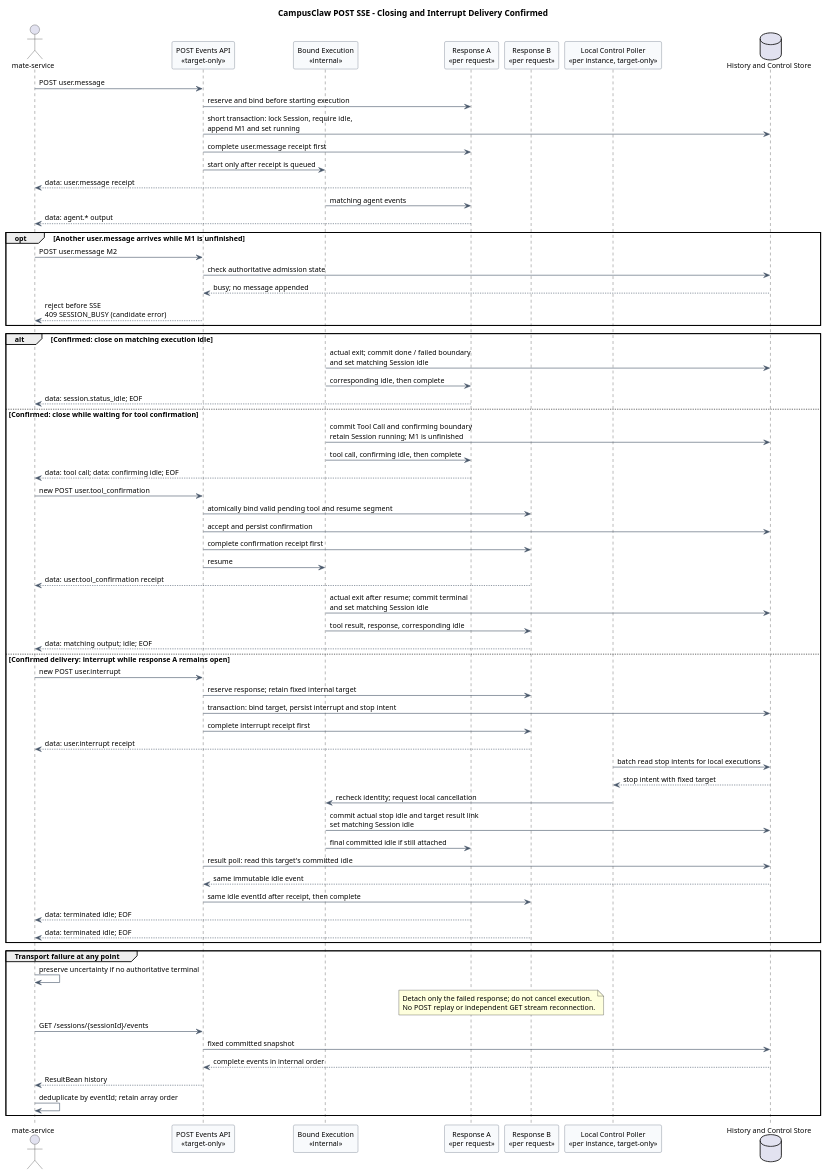
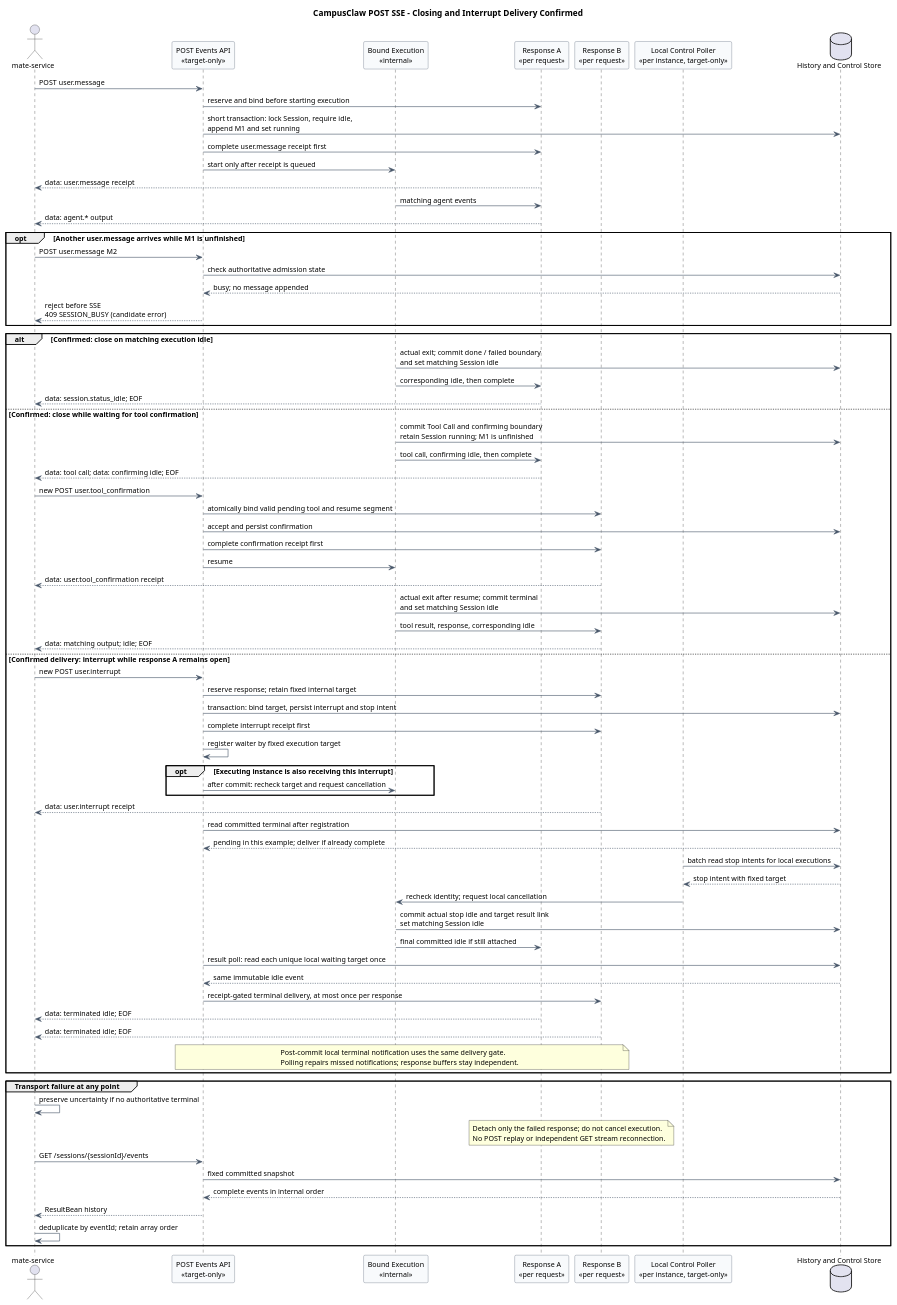
The third of 5 diagrams in 01-总体架构/01-CampusClaw多Agent运行时/设计图/事件接口重设计/diagram.puml (ssm0808/pi-mono-java-design), drawn with PlantUML before and after one commit. The commit also changed other lines of this file and 14 other files, not shown here.

```diff
--- a/01-总体架构/01-CampusClaw多Agent运行时/设计图/事件接口重设计/diagram.puml
+++ b/01-总体架构/01-CampusClaw多Agent运行时/设计图/事件接口重设计/diagram.puml
@@ -207,95 +208,105 @@
 @startuml target_session_live_stream_lifecycle
 title CampusClaw POST SSE - Closing and Interrupt Delivery Confirmed
 ' Stable block name retained for existing SVG links; this is no longer a GET stream.
 ' Source evidence: pi-mono-java 918005ee8ccc88d179fc31a0de17a92b4a01383b.
 ' campusclaw/src/main/java/com/huawei/hicampus/claw/codingagent/runtimeapi/event/RuntimeTerminalEventFactory.java,
 ' emit, lines 34-57: current idle plus stream.end, or stream.error on failure.
 ' campusclaw/src/main/java/com/huawei/hicampus/claw/codingagent/runtimeapi/web/RuntimeSseEmitterSubscriber.java,
 ' onEvent/onComplete, lines 33-49: named SSE; explicit emitter completion.
 ' Confirmed: one POST for input/output, user receipt first, data-only and type+phase.
 ' Confirmed target-only: matching idle ends this response, including confirmation waits.
 ' Design reason: do not keep a completed request open for unrelated later messages.
 ' Confirmed: original output stays on A; B receives receipt and the same stop idle only.
 ' Confirmed target-only: durable DB stop requests and per-instance batch polling; no Redis.
 ' Exact schema, polling interval, races, idle reason literals and failures remain open.
 skinparam backgroundColor #FFFFFF
 skinparam shadowing false
 skinparam defaultFontName Arial
 skinparam defaultFontSize 12
 skinparam sequence {
   ParticipantBackgroundColor #F8FAFC
   ParticipantBorderColor #475569
   ArrowColor #475569
 }
 actor "mate-service" as Client
 participant "POST Events API\n<<target-only>>" as API
 participant "Bound Execution\n<<internal>>" as Execution
 participant "Response A\n<<per request>>" as A
 participant "Response B\n<<per request>>" as B
 participant "Local Control Poller\n<<per instance, target-only>>" as Poller
 database "History and Control Store" as Store
 
 Client -> API : POST user.message
 API -> A : reserve and bind before starting execution
 API -> Store : short transaction: lock Session, require idle,\nappend M1 and set running
 API -> A : complete user.message receipt first
 API -> Execution : start only after receipt is queued
 A --> Client : data: user.message receipt
 Execution -> A : matching agent events
 A --> Client : data: agent.* output
 
 opt Another user.message arrives while M1 is unfinished
   Client -> API : POST user.message M2
   API -> Store : check authoritative admission state
   Store --> API : busy; no message appended
   API --> Client : reject before SSE\n409 SESSION_BUSY (candidate error)
 end
 
 alt Confirmed: close on matching execution idle
   Execution -> Store : actual exit; commit done / failed boundary\nand set matching Session idle
   Execution -> A : corresponding idle, then complete
   A --> Client : data: session.status_idle; EOF
 else Confirmed: close while waiting for tool confirmation
   Execution -> Store : commit Tool Call and confirming boundary\nretain Session running; M1 is unfinished
   Execution -> A : tool call, confirming idle, then complete
   A --> Client : data: tool call; data: confirming idle; EOF
   Client -> API : new POST user.tool_confirmation
   API -> B : atomically bind valid pending tool and resume segment
   API -> Store : accept and persist confirmation
   API -> B : complete confirmation receipt first
   API -> Execution : resume
   B --> Client : data: user.tool_confirmation receipt
   Execution -> Store : actual exit after resume; commit terminal\nand set matching Session idle
   Execution -> B : tool result, response, corresponding idle
   B --> Client : data: matching output; idle; EOF
 else Confirmed delivery: interrupt while response A remains open
   Client -> API : new POST user.interrupt
   API -> B : reserve response; retain fixed internal target
   API -> Store : transaction: bind target, persist interrupt and stop intent
   API -> B : complete interrupt receipt first
+  API -> API : register waiter by fixed execution target
+  opt Executing instance is also receiving this interrupt
+    API -> Execution : after commit: recheck target and request cancellation
+  end
   B --> Client : data: user.interrupt receipt
+  API -> Store : read committed terminal after registration
+  Store --> API : pending in this example; deliver if already complete
   Poller -> Store : batch read stop intents for local executions
   Store --> Poller : stop intent with fixed target
   Poller -> Execution : recheck identity; request local cancellation
   Execution -> Store : commit actual stop idle and target result link\nset matching Session idle
   Execution -> A : final committed idle if still attached
-  API -> Store : result poll: read this target's committed idle
+  API -> Store : result poll: read each unique local waiting target once
   Store --> API : same immutable idle event
-  API -> B : same idle eventId after receipt, then complete
+  API -> B : receipt-gated terminal delivery, at most once per response
   A --> Client : data: terminated idle; EOF
   B --> Client : data: terminated idle; EOF
+  note over API,B
+  Post-commit local terminal notification uses the same delivery gate.
+  Polling repairs missed notifications; response buffers stay independent.
+  end note
 end
 
 group Transport failure at any point
   Client -> Client : preserve uncertainty if no authoritative terminal
   note over A,B
   Detach only the failed response; do not cancel execution.
   No POST replay or independent GET stream reconnection.
   end note
   Client -> API : GET /sessions/{sessionId}/events
   API -> Store : fixed committed snapshot
   Store --> API : complete events in internal order
   API --> Client : ResultBean history
   Client -> Client : deduplicate by eventId; retain array order
 end
 @enduml
```
